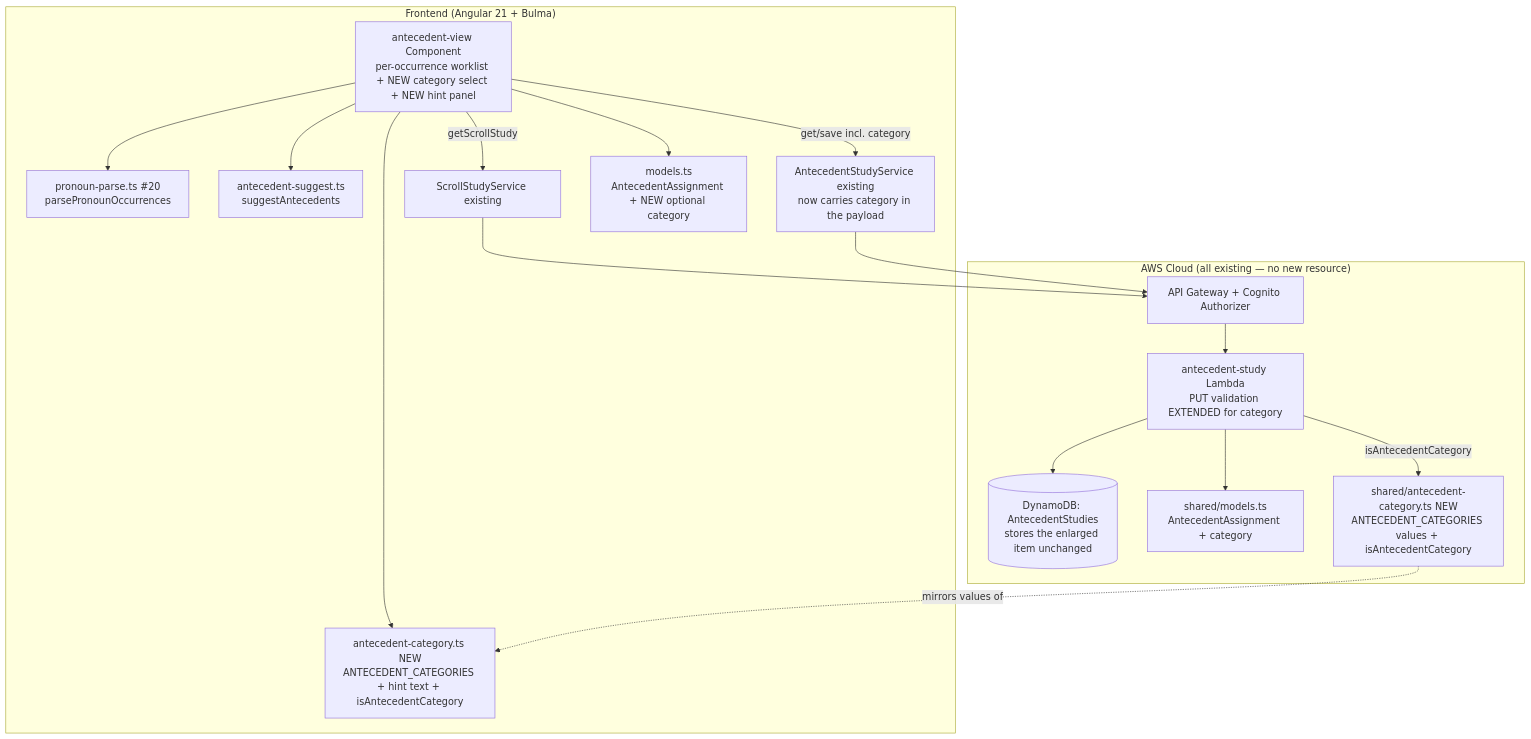
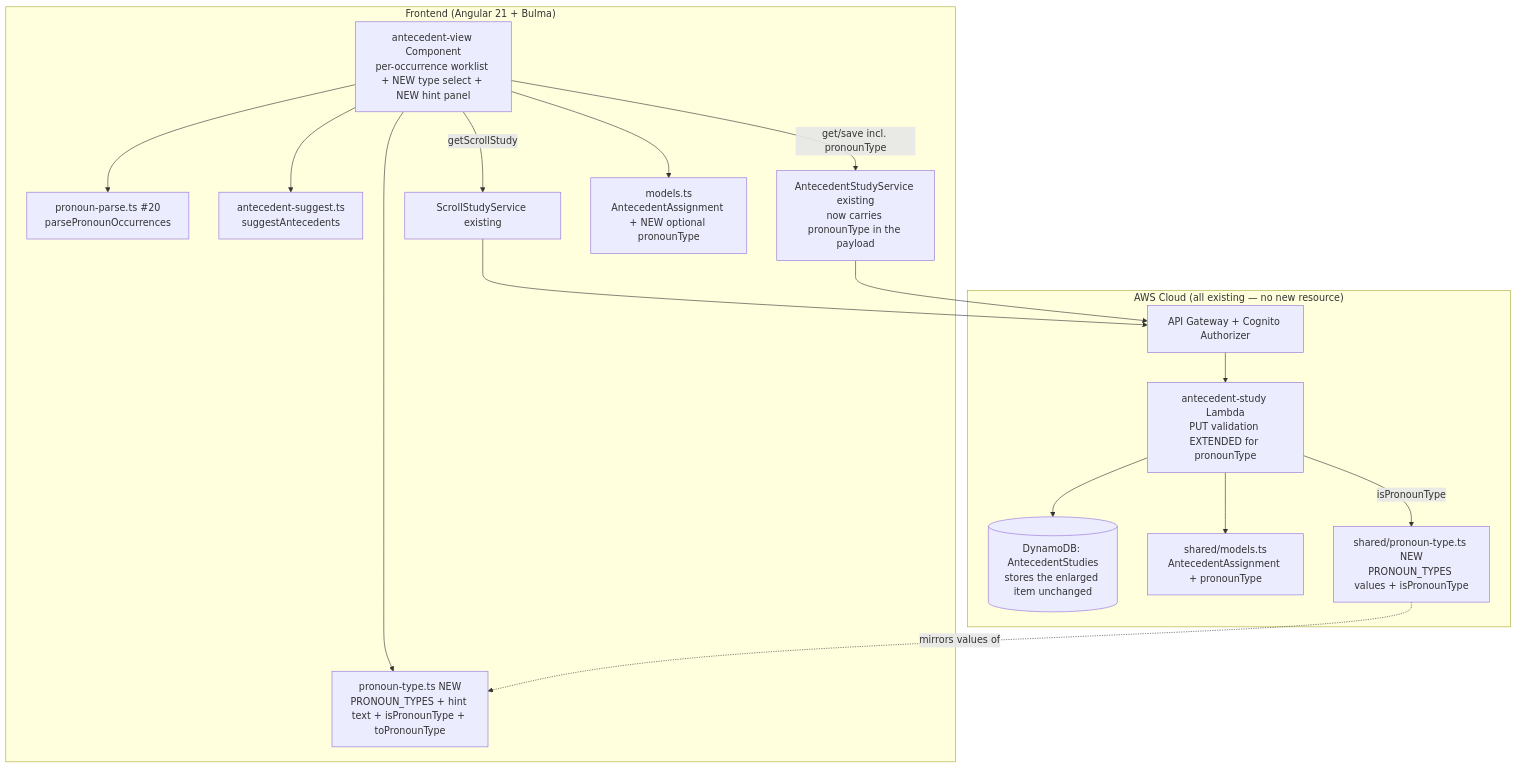
One commit to trsam1/sbs-assist changed the first of 2 diagrams in .kiro/specs/antecedent-category-classifier/design.md. Above: the diagram before and after it, drawn with Mermaid. The commit also changed other lines of this file and 1 other file, not shown here.

Commit message:
fix(spec): classify pronoun grammatical type (9 types), not antecedent kind

````diff
--- a/.kiro/specs/antecedent-category-classifier/design.md
+++ b/.kiro/specs/antecedent-category-classifier/design.md
@@ -30,30 +38,30 @@
 ```mermaid
 graph TD
     subgraph Frontend ["Frontend (Angular 21 + Bulma)"]
-        AV[antecedent-view Component<br/>per-occurrence worklist + NEW category select + NEW hint panel]
-        AC[antecedent-category.ts NEW<br/>ANTECEDENT_CATEGORIES + hint text + isAntecedentCategory]
+        AV[antecedent-view Component<br/>per-occurrence worklist + NEW type select + NEW hint panel]
+        PT[pronoun-type.ts NEW<br/>PRONOUN_TYPES + hint text + isPronounType + toPronounType]
         PP[pronoun-parse.ts #20<br/>parsePronounOccurrences]
         AS[antecedent-suggest.ts<br/>suggestAntecedents]
         SS[ScrollStudyService existing]
-        ASVC[AntecedentStudyService existing<br/>now carries category in the payload]
-        M[models.ts<br/>AntecedentAssignment + NEW optional category]
+        ASVC[AntecedentStudyService existing<br/>now carries pronounType in the payload]
+        M[models.ts<br/>AntecedentAssignment + NEW optional pronounType]
     end
 
     subgraph AWS ["AWS Cloud (all existing — no new resource)"]
         APIGW[API Gateway + Cognito Authorizer]
-        AntFn[antecedent-study Lambda<br/>PUT validation EXTENDED for category]
+        AntFn[antecedent-study Lambda<br/>PUT validation EXTENDED for pronounType]
         DDBA[(DynamoDB: AntecedentStudies<br/>stores the enlarged item unchanged)]
-        SM[shared/models.ts<br/>AntecedentAssignment + category]
-        SAC[shared/antecedent-category.ts NEW<br/>ANTECEDENT_CATEGORIES values + isAntecedentCategory]
+        SM[shared/models.ts<br/>AntecedentAssignment + pronounType]
+        SPT[shared/pronoun-type.ts NEW<br/>PRONOUN_TYPES values + isPronounType]
     end
 
-    AV --> AC
+    AV --> PT
     AV --> PP
     AV --> AS
     AV --> M
     AV -->|getScrollStudy| SS --> APIGW
-    AV -->|get/save incl. category| ASVC --> APIGW --> AntFn --> DDBA
+    AV -->|get/save incl. pronounType| ASVC --> APIGW --> AntFn --> DDBA
     AntFn --> SM
-    AntFn -->|isAntecedentCategory| SAC
-    SAC -. mirrors values of .-> AC
+    AntFn -->|isPronounType| SPT
+    SPT -. mirrors values of .-> PT
 ```
````
